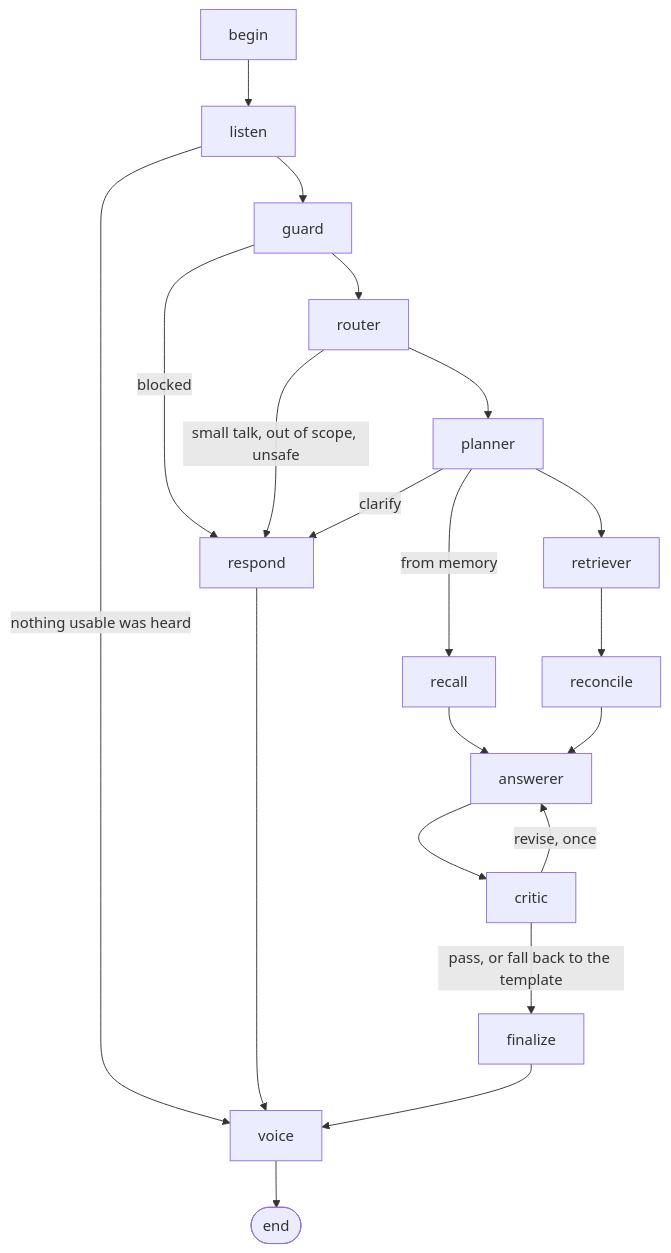
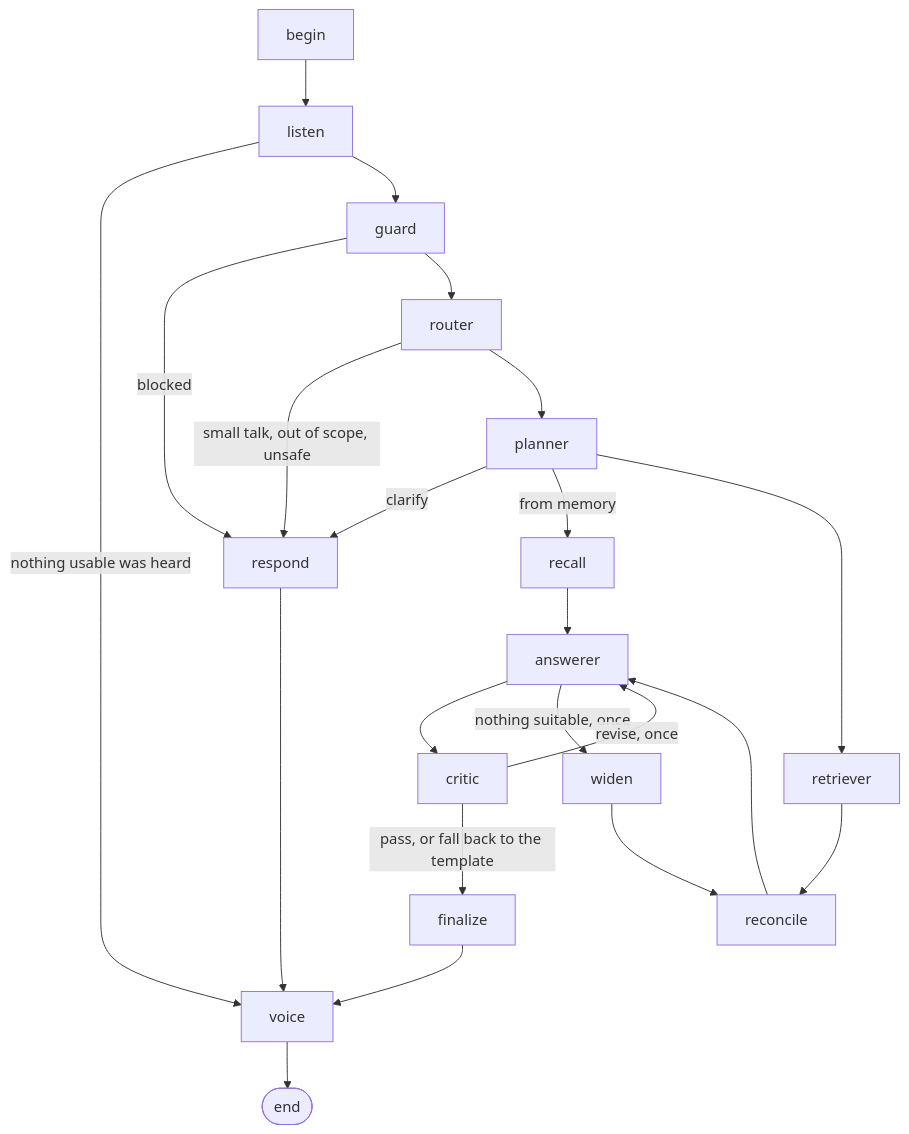
One commit to MohanLi/voice-shopping-copilot changed the diagram in docs/architecture.md. Above: the diagram before and after it, drawn with Mermaid. The commit also changed other lines of this file and 34 other files, not shown here.

````diff
--- a/docs/architecture.md
+++ b/docs/architecture.md
@@ -26,19 +26,20 @@
 ```mermaid
 flowchart TD
     begin --> listen
     listen -- nothing usable was heard --> voice
     listen --> guard
     guard -- blocked --> respond
     guard --> router
     router -- small talk, out of scope, unsafe --> respond
     router --> planner
     planner -- clarify --> respond
     planner -- from memory --> recall --> answerer
     planner --> retriever --> reconcile --> answerer
     answerer --> critic
+    answerer -- nothing suitable, once --> widen --> reconcile
     critic -- revise, once --> answerer
     critic -- pass, or fall back to the template --> finalize
     finalize --> voice
     respond --> voice
     voice --> stop([end])
 ```
````
